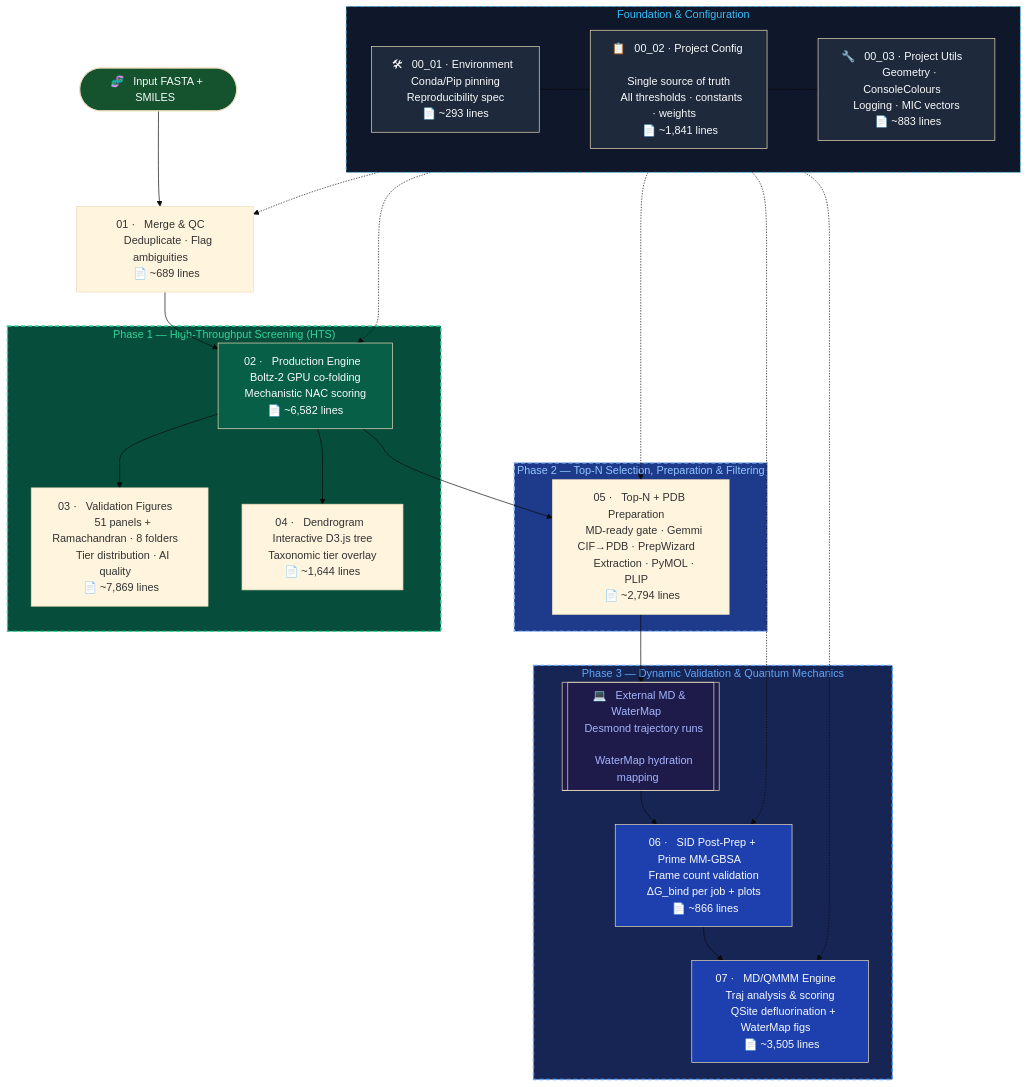
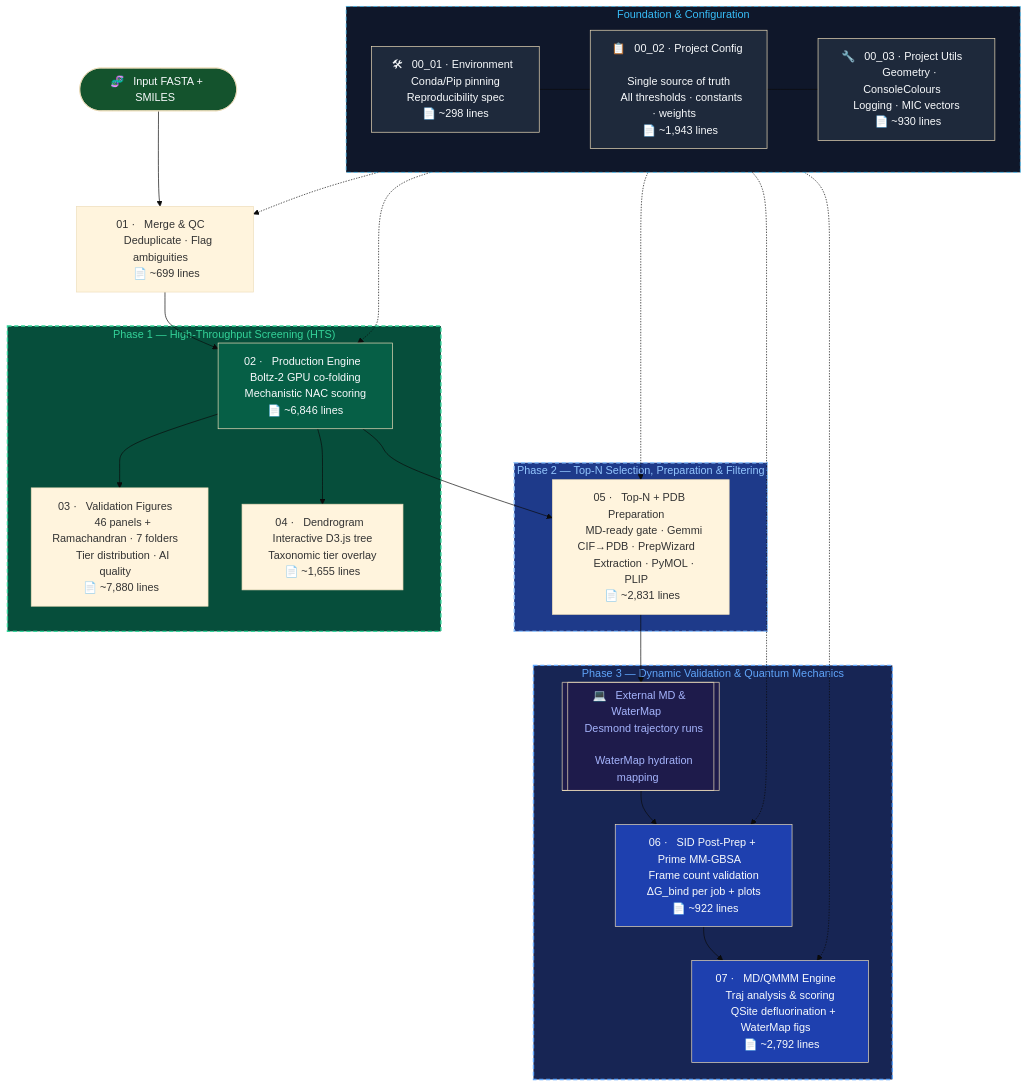
Before and after one commit to KU-MGB/DeFluorX: the diagram in README.md, drawn with Mermaid (base theme). The commit also changed other lines of this file and 9 other files, not shown here.

First line of the commit message:
feat: finalise 03 validation figures — MD-ready overlays, two-criteria merge, flow audit

````diff
--- a/README.md
+++ b/README.md
@@ -189,56 +189,56 @@
 ```mermaid
 flowchart TD
     subgraph FOUNDATION["  Foundation & Configuration  "]
-        ENV["🛠 &nbsp; 00_01 · Environment &nbsp; \n &nbsp; Conda/Pip pinning &nbsp; \n &nbsp; Reproducibility spec &nbsp; \n &nbsp; 📄 ~293 lines &nbsp; "]
-        CFG["📋 &nbsp; 00_02 · Project Config &nbsp; \n &nbsp; Single source of truth &nbsp; \n &nbsp; All thresholds · constants · weights &nbsp; \n &nbsp; 📄 ~1,841 lines &nbsp; "]
-        UTL["🔧 &nbsp; 00_03 · Project Utils &nbsp; \n &nbsp; Geometry · ConsoleColours &nbsp; \n &nbsp; Logging · MIC vectors &nbsp; \n &nbsp; 📄 ~883 lines &nbsp; "]
+        ENV["🛠 &nbsp; 00_01 · Environment &nbsp; \n &nbsp; Conda/Pip pinning &nbsp; \n &nbsp; Reproducibility spec &nbsp; \n &nbsp; 📄 ~298 lines &nbsp; "]
+        CFG["📋 &nbsp; 00_02 · Project Config &nbsp; \n &nbsp; Single source of truth &nbsp; \n &nbsp; All thresholds · constants · weights &nbsp; \n &nbsp; 📄 ~1,943 lines &nbsp; "]
+        UTL["🔧 &nbsp; 00_03 · Project Utils &nbsp; \n &nbsp; Geometry · ConsoleColours &nbsp; \n &nbsp; Logging · MIC vectors &nbsp; \n &nbsp; 📄 ~930 lines &nbsp; "]
         ENV --- CFG --- UTL
     end
 
     START([🧬 &nbsp; Input FASTA + SMILES &nbsp;]) --> M1
-    M1["01 · &nbsp; Merge & QC &nbsp; \n &nbsp; Deduplicate · Flag ambiguities &nbsp; \n &nbsp; 📄 ~689 lines &nbsp; "] --> M2
+    M1["01 · &nbsp; Merge & QC &nbsp; \n &nbsp; Deduplicate · Flag ambiguities &nbsp; \n &nbsp; 📄 ~699 lines &nbsp; "] --> M2
 
     subgraph PHASE1["  Phase 1 — High-Throughput Screening (HTS)  "]
-        M2["02 · &nbsp; Production Engine &nbsp; \n &nbsp; Boltz-2 GPU co-folding &nbsp; \n &nbsp; Mechanistic NAC scoring &nbsp; \n &nbsp; 📄 ~6,582 lines &nbsp; "]
-        M3["03 · &nbsp; Validation Figures &nbsp; \n &nbsp; 51 panels + Ramachandran · 8 folders &nbsp; \n &nbsp; Tier distribution · AI quality &nbsp; \n &nbsp; 📄 ~7,869 lines &nbsp; "]
-        M4["04 · &nbsp; Dendrogram &nbsp; \n &nbsp; Interactive D3.js tree &nbsp; \n &nbsp; Taxonomic tier overlay &nbsp; \n &nbsp; 📄 ~1,644 lines &nbsp; "]
+        M2["02 · &nbsp; Production Engine &nbsp; \n &nbsp; Boltz-2 GPU co-folding &nbsp; \n &nbsp; Mechanistic NAC scoring &nbsp; \n &nbsp; 📄 ~6,846 lines &nbsp; "]
+        M3["03 · &nbsp; Validation Figures &nbsp; \n &nbsp; 46 panels + Ramachandran · 7 folders &nbsp; \n &nbsp; Tier distribution · AI quality &nbsp; \n &nbsp; 📄 ~7,880 lines &nbsp; "]
+        M4["04 · &nbsp; Dendrogram &nbsp; \n &nbsp; Interactive D3.js tree &nbsp; \n &nbsp; Taxonomic tier overlay &nbsp; \n &nbsp; 📄 ~1,655 lines &nbsp; "]
         M2 --> M3
         M2 --> M4
     end
 
     M2 --> M5
 
     subgraph PHASE2["  Phase 2 — Top-N Selection, Preparation & Filtering  "]
-        M5["05 · &nbsp; Top-N + PDB Preparation &nbsp; \n &nbsp; MD-ready gate · Gemmi CIF→PDB · PrepWizard &nbsp; \n &nbsp; Extraction · PyMOL · PLIP &nbsp; \n &nbsp; 📄 ~2,794 lines &nbsp; "]
+        M5["05 · &nbsp; Top-N + PDB Preparation &nbsp; \n &nbsp; MD-ready gate · Gemmi CIF→PDB · PrepWizard &nbsp; \n &nbsp; Extraction · PyMOL · PLIP &nbsp; \n &nbsp; 📄 ~2,831 lines &nbsp; "]
     end
 
     M5 --> EXT_MD
 
     subgraph PHASE3["  Phase 3 — Dynamic Validation & Quantum Mechanics  "]
         EXT_MD[["💻 &nbsp; External MD & WaterMap &nbsp; \n &nbsp; Desmond trajectory runs &nbsp; \n &nbsp; WaterMap hydration mapping &nbsp;"]]
-        M6["06 · &nbsp; SID Post-Prep + Prime MM-GBSA &nbsp; \n &nbsp; Frame count validation &nbsp; \n &nbsp; ΔG_bind per job + plots &nbsp; \n &nbsp; 📄 ~866 lines &nbsp; "]
-        M7["07 · &nbsp; MD/QMMM Engine &nbsp; \n &nbsp; Traj analysis & scoring &nbsp; \n &nbsp; QSite defluorination + WaterMap figs &nbsp; \n &nbsp; 📄 ~3,505 lines &nbsp; "]
+        M6["06 · &nbsp; SID Post-Prep + Prime MM-GBSA &nbsp; \n &nbsp; Frame count validation &nbsp; \n &nbsp; ΔG_bind per job + plots &nbsp; \n &nbsp; 📄 ~922 lines &nbsp; "]
+        M7["07 · &nbsp; MD/QMMM Engine &nbsp; \n &nbsp; Traj analysis & scoring &nbsp; \n &nbsp; QSite defluorination + WaterMap figs &nbsp; \n &nbsp; 📄 ~2,792 lines &nbsp; "]
         EXT_MD --> M6 --> M7
     end
 
     %% Dependencies
     FOUNDATION -.-> M1
     FOUNDATION -.-> M2
     FOUNDATION -.-> M5
     FOUNDATION -.-> M6
     FOUNDATION -.-> M7
 
     style FOUNDATION fill:#0f172a,color:#38bdf8,stroke:#38bdf8
     style CFG fill:#1e293b,color:#f8fafc
     style UTL fill:#1e293b,color:#f8fafc
     style ENV fill:#1e293b,color:#f8fafc
     style PHASE1 fill:#064e3b,color:#34d399,stroke:#34d399,stroke-width:2px,stroke-dasharray: 6 4
     style PHASE2 fill:#1e3a8a,color:#93c5fd,stroke:#93c5fd,stroke-width:2px,stroke-dasharray: 6 4
     style PHASE3 fill:#172554,color:#60a5fa,stroke:#60a5fa,stroke-width:2px,stroke-dasharray: 6 4
     style FOUNDATION stroke-dasharray: 6 4
     style M2 fill:#065f46,color:#f8fafc
     style M6 fill:#1e40af,color:#f8fafc
     style M7 fill:#1e40af,color:#f8fafc
     style START fill:#14532d,color:#f8fafc
     style EXT_MD fill:#1e1b4b,color:#a5b4fc
 ```
````
